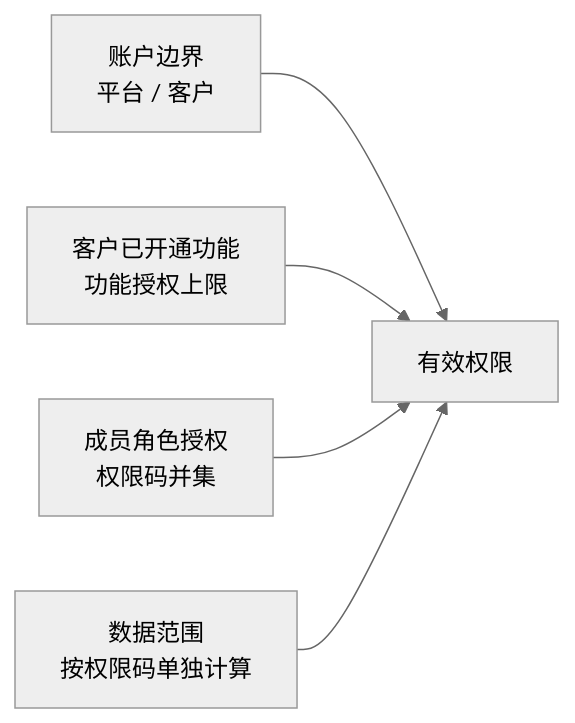
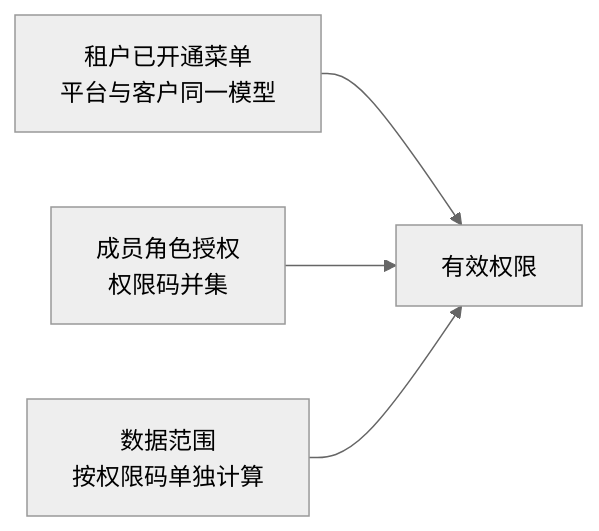
One commit to fangjinyu2024-afk/tms-project changed the third of 11 diagrams in docs/TMS-详细设计.md. Above: the diagram before and after it, drawn with Mermaid (neutral theme). The commit also changed other lines of this file and 1 other file, not shown here.

````diff
--- a/docs/TMS-详细设计.md
+++ b/docs/TMS-详细设计.md
@@ -150,7 +150,6 @@
 ```mermaid
 flowchart LR
-    A[账户边界<br/>平台 / 客户] --> D[有效权限]
-    B[客户已开通功能<br/>功能授权上限] --> D
-    C[成员角色授权<br/>权限码并集] --> D
-    E[数据范围<br/>按权限码单独计算] --> D
+    A[租户已开通菜单<br/>平台与客户同一模型] --> D[有效权限]
+    B[成员角色授权<br/>权限码并集] --> D
+    C[数据范围<br/>按权限码单独计算] --> D
 ```
````
